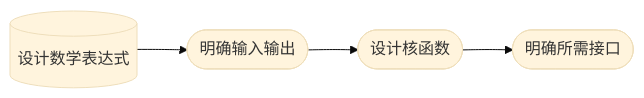
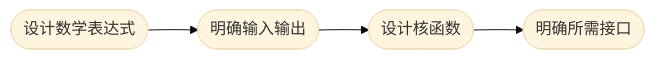
Before and after one commit to ckorikov/cann-ops-transformer: the second of 5 diagrams in docs/context/AI Core算子开发指南.md, drawn with Mermaid (base theme). The commit also changed other lines of this file and 7 other files, not shown here.

````diff
--- a/docs/context/AI Core算子开发指南.md
+++ b/docs/context/AI Core算子开发指南.md
@@ -41,6 +57,6 @@
 ```mermaid
 graph LR
-	A[(设计数学表达式)] -->B([明确输入输出])
+	A([设计数学表达式]) -->B([明确输入输出])
     B --> C([设计核函数])
     C -->D([明确所需接口])
 ```
````
